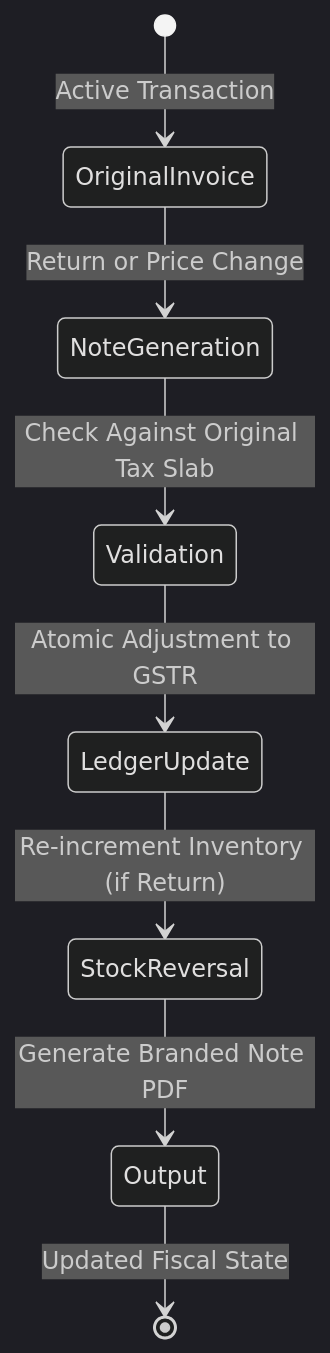
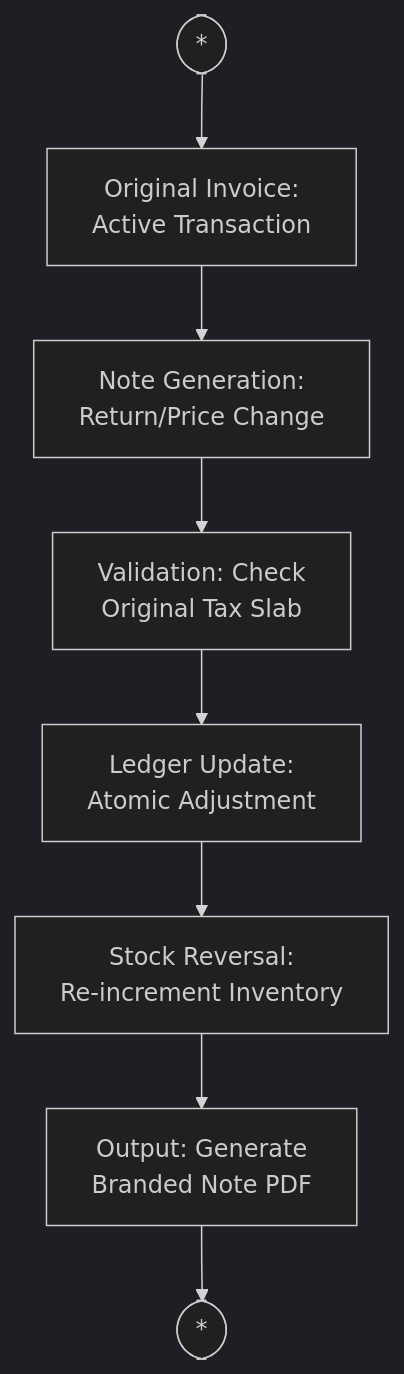
Before and after one commit to DHEENA0007/GST-Billing-clg: diagram 12 of 12 in documentation.md, drawn with Mermaid (dark theme). The commit also changed other lines of this file and 5 other files, not shown here.

````diff
--- a/documentation.md
+++ b/documentation.md
@@ -390,10 +444,10 @@
 ```mermaid
-stateDiagram-v2
-    [*] --> OriginalInvoice: Active Transaction
-    OriginalInvoice --> NoteGeneration: Return or Price Change
-    NoteGeneration --> Validation: Check Against Original Tax Slab
-    Validation --> LedgerUpdate: Atomic Adjustment to GSTR
-    LedgerUpdate --> StockReversal: Re-increment Inventory (if Return)
-    StockReversal --> Output: Generate Branded Note PDF
-    Output --> [*]: Updated Fiscal State
+flowchart TD
+    A([*]) --> B[Original Invoice:<br/>Active Transaction]
+    B --> C[Note Generation:<br/>Return/Price Change]
+    C --> D[Validation: Check<br/>Original Tax Slab]
+    D --> E[Ledger Update:<br/>Atomic Adjustment]
+    E --> F[Stock Reversal:<br/>Re-increment Inventory]
+    F --> G[Output: Generate<br/>Branded Note PDF]
+    G --> H([*])
 ```
````
